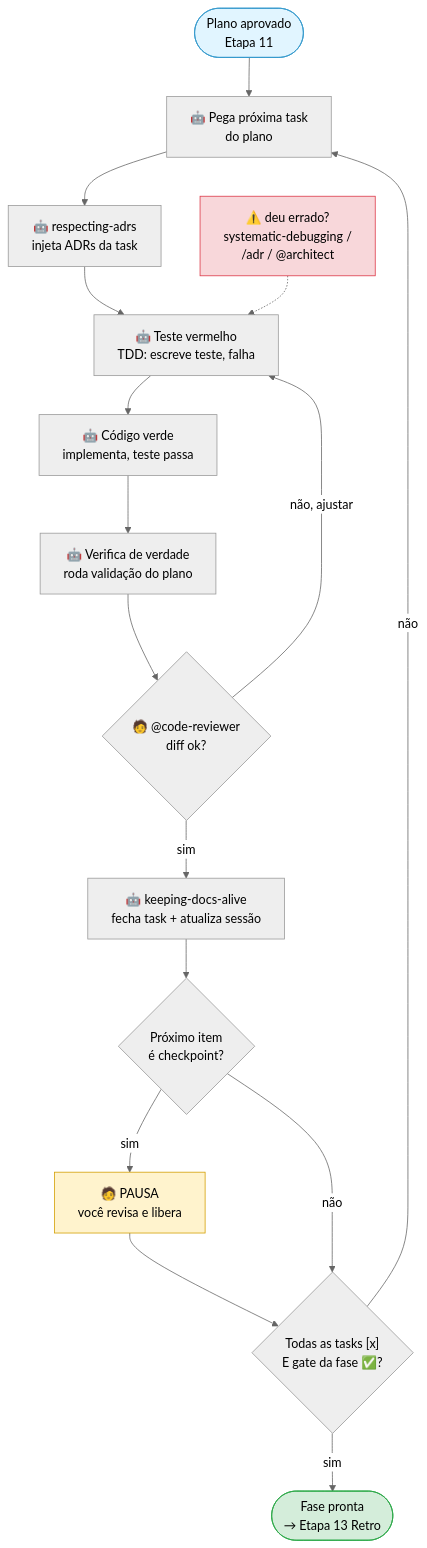
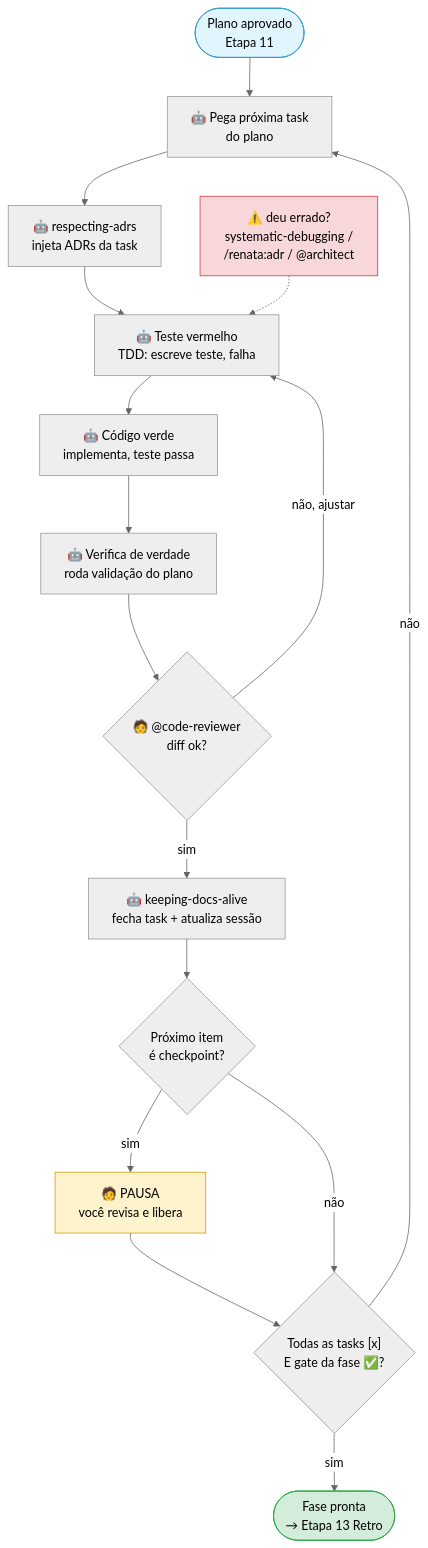
The second of 5 diagrams in GETTING-STARTED.pt-br.md (AInsteinsBR/renata), drawn with Mermaid (neutral theme) before and after one commit. The commit also changed other lines of this file and 28 other files, not shown here.

````diff
--- a/GETTING-STARTED.pt-br.md
+++ b/GETTING-STARTED.pt-br.md
@@ -100,29 +100,29 @@
 ```mermaid
 flowchart TD
     START(["Plano aprovado<br/>Etapa 11"]) --> T1["🤖 Pega próxima task<br/>do plano"]
     T1 --> T2["🤖 respecting-adrs<br/>injeta ADRs da task"]
     T2 --> T3["🤖 Teste vermelho<br/>TDD: escreve teste, falha"]
     T3 --> T4["🤖 Código verde<br/>implementa, teste passa"]
     T4 --> T5["🤖 Verifica de verdade<br/>roda validação do plano"]
     T5 --> T6{"🧑 @code-reviewer<br/>diff ok?"}
     T6 -->|"não, ajustar"| T3
     T6 -->|sim| T7["🤖 keeping-docs-alive<br/>fecha task + atualiza sessão"]
     T7 --> CK{"Próximo item<br/>é checkpoint?"}
     CK -->|"sim"| PAUSE["🧑 PAUSA<br/>você revisa e libera"]
     PAUSE --> GATE{"Todas as tasks [x]<br/>E gate da fase ✅?"}
     CK -->|"não"| GATE
     GATE -->|"não"| T1
     GATE -->|"sim"| DONE(["Fase pronta<br/>→ Etapa 13 Retro"])
 
-    SOS["⚠️ deu errado?<br/>systematic-debugging /<br/>/adr / @architect"] -.-> T3
+    SOS["⚠️ deu errado?<br/>systematic-debugging /<br/>/renata:adr / @architect"] -.-> T3
 
     classDef start fill:#e1f5ff,stroke:#3399cc,color:#000
     classDef done  fill:#d4edda,stroke:#28a745,color:#000
     classDef pause fill:#fff3cd,stroke:#d39e00,color:#000
     classDef sos   fill:#f8d7da,stroke:#dc3545,color:#000
 
     class START start
     class DONE done
     class PAUSE pause
     class SOS sos
 ```
````
